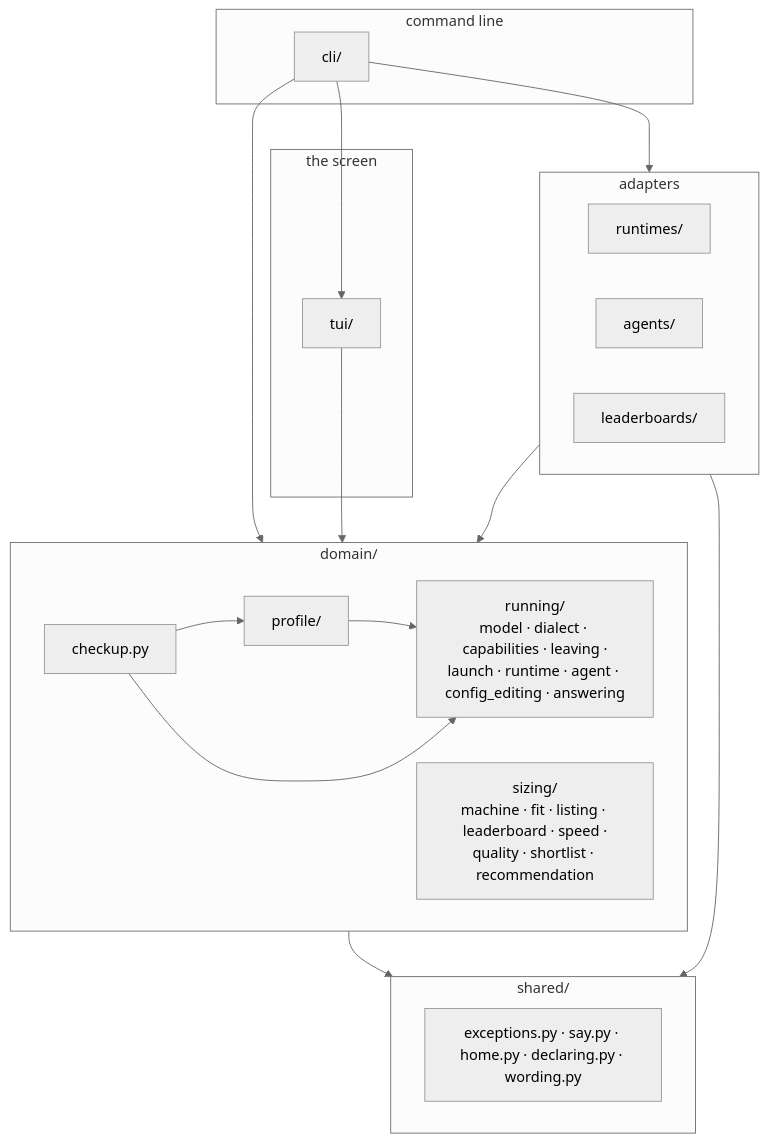
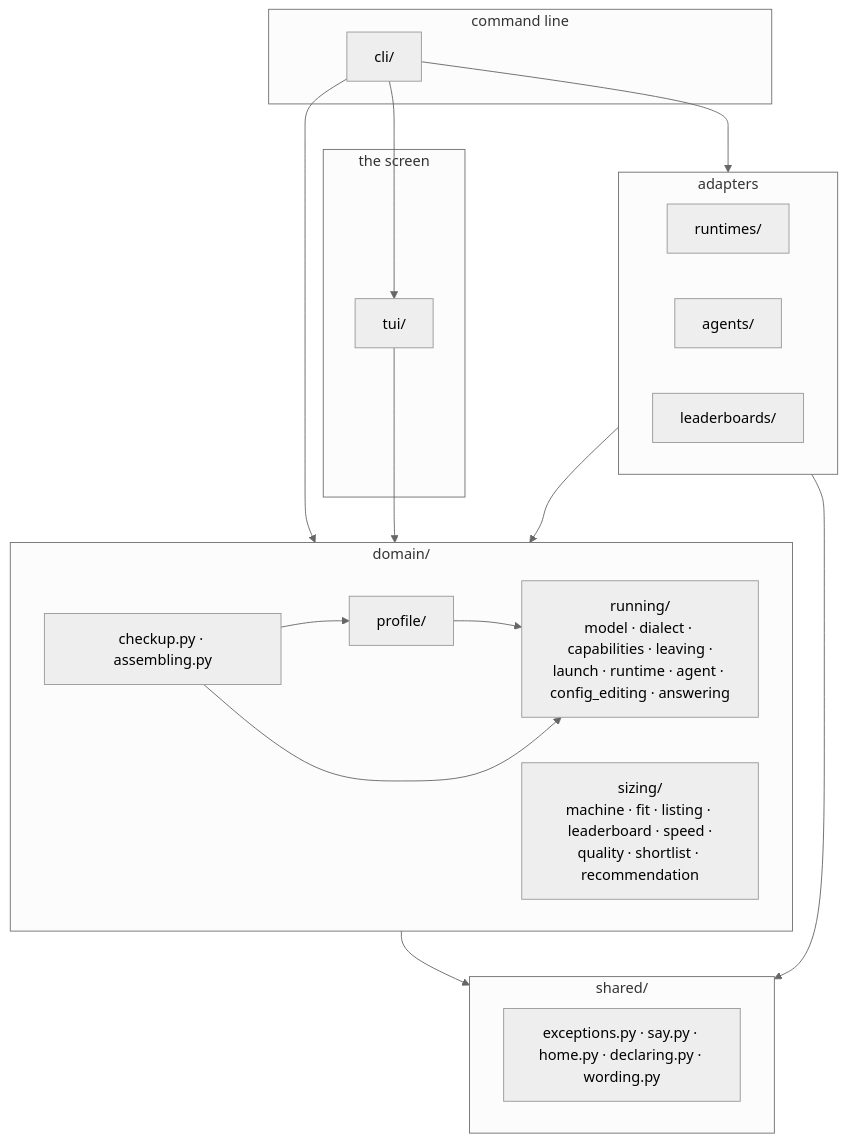
Before and after one commit to pvardanis/offgrid: the first of 3 diagrams in docs/architecture.md, drawn with Mermaid (neutral theme). The commit also changed other lines of this file and 6 other files, not shown here.

````diff
--- a/docs/architecture.md
+++ b/docs/architecture.md
@@ -13,34 +13,34 @@
 ```mermaid
 flowchart TD
     subgraph cmd [command line]
         cli["cli/"]
     end
     subgraph screen [the screen]
         tui["tui/"]
     end
     subgraph adapters [adapters]
         rt["runtimes/"]
         ag["agents/"]
         lb["leaderboards/"]
     end
     subgraph domain ["domain/"]
-        checkup["checkup.py"]
+        checkup["checkup.py · assembling.py"]
         sizing["sizing/<br/>machine · fit · listing · leaderboard · speed ·<br/>quality · shortlist · recommendation"]
         running["running/<br/>model · dialect · capabilities · leaving ·<br/>launch · runtime · agent · config_editing · answering"]
         profile["profile/"]
     end
     subgraph shared ["shared/"]
         sh["exceptions.py · say.py · home.py · declaring.py · wording.py"]
     end
 
     cli --> adapters
     cli --> domain
     cli --> tui
     tui --> domain
     adapters --> domain
     domain --> shared
     adapters --> shared
     profile --> running
     checkup --> profile
     checkup --> running
 ```
````
